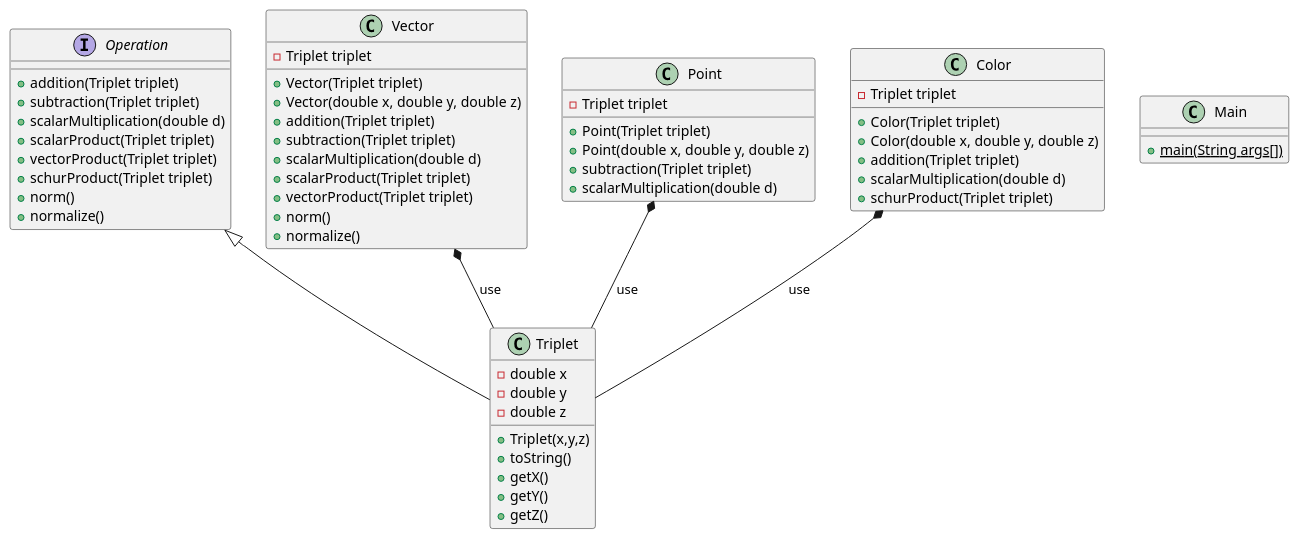
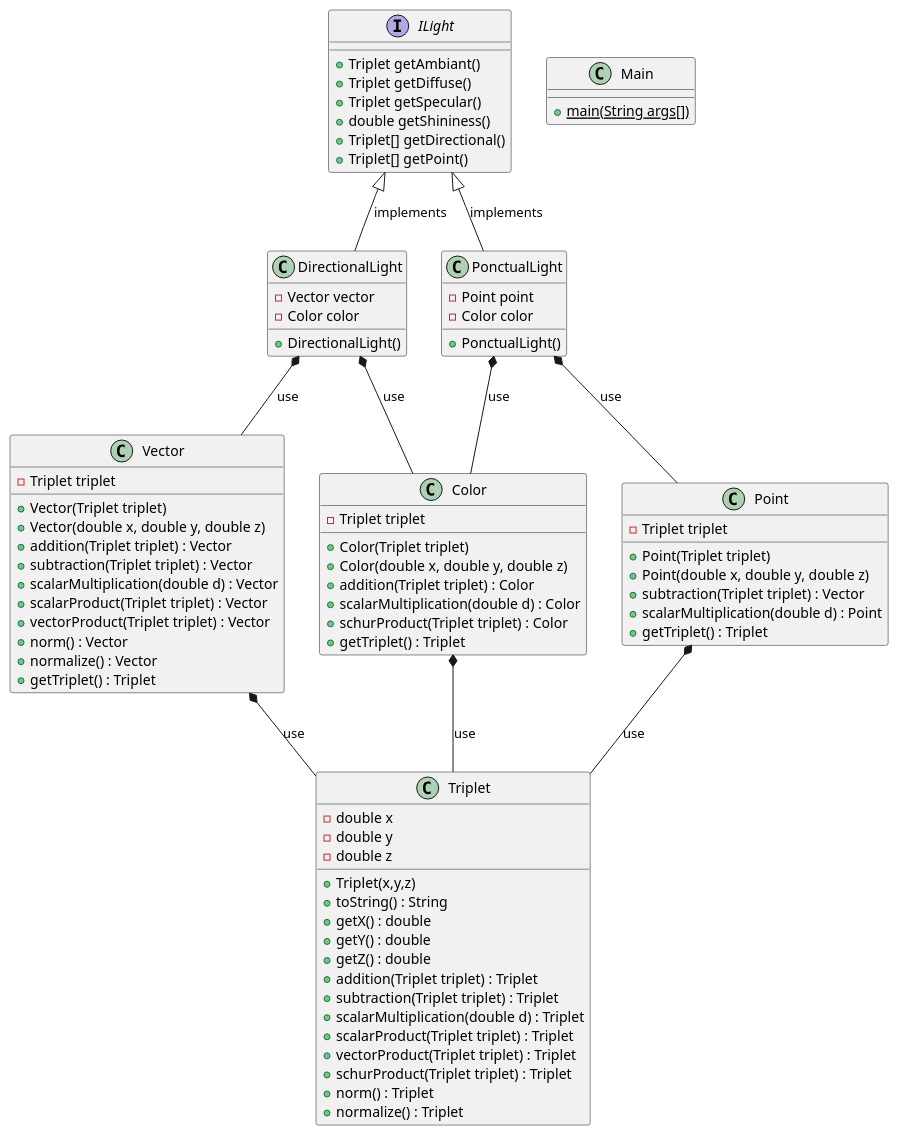
The diagram in RayTracing.puml (DarkWolf62/RaytracerLib), drawn with PlantUML before and after one commit.

Commit message:
:memo: Ajout des lights et correction des Triplets

```diff
--- a/RayTracing.puml
+++ b/RayTracing.puml
@@ -1,72 +1,102 @@
 @startuml
 
-interface Operation
 class Triplet
 class Vector
 class Point
 class Color
 class Main
+interface ILight
+class DirectionalLight
+class PonctualLight
 
-Operation <|-- Triplet
 Vector *-- Triplet : use
 Color *-- Triplet : use
 Point *-- Triplet : use
 
+ILight <|-- DirectionalLight : implements
+ILight <|-- PonctualLight : implements
+DirectionalLight *-- Color : use
+DirectionalLight *-- Vector : use
+
+PonctualLight *-- Color : use
+PonctualLight *-- Point : use
 
 class Triplet {
 -double x
 -double y
 -double z
 
 +Triplet(x,y,z)
-+toString()
-+getX()
-+getY()
-+getZ()
-}
-
-interface Operation {
-+addition(Triplet triplet)
-+subtraction(Triplet triplet)
-+scalarMultiplication(double d)
-+scalarProduct(Triplet triplet)
-+vectorProduct(Triplet triplet)
-+schurProduct(Triplet triplet)
-+norm()
-+normalize()
++toString() : String
++getX() : double
++getY() : double
++getZ() : double
++addition(Triplet triplet) : Triplet
++subtraction(Triplet triplet) : Triplet
++scalarMultiplication(double d) : Triplet
++scalarProduct(Triplet triplet) : Triplet
++vectorProduct(Triplet triplet) : Triplet
++schurProduct(Triplet triplet) : Triplet
++norm() : Triplet
++normalize() : Triplet
 }
 
 class Vector{
 -Triplet triplet
 +Vector(Triplet triplet)
 +Vector(double x, double y, double z)
-+addition(Triplet triplet)
-+subtraction(Triplet triplet)
-+scalarMultiplication(double d)
-+scalarProduct(Triplet triplet)
-+vectorProduct(Triplet triplet)
-+norm()
-+normalize()
++addition(Triplet triplet) : Vector
++subtraction(Triplet triplet) : Vector
++scalarMultiplication(double d) : Vector
++scalarProduct(Triplet triplet) : Vector
++vectorProduct(Triplet triplet) : Vector
++norm() : Vector
++normalize() : Vector
++ getTriplet() : Triplet
 }
 
 class Point{
 - Triplet triplet
 +Point(Triplet triplet)
 +Point(double x, double y, double z)
-+subtraction(Triplet triplet)
-+scalarMultiplication(double d)
++subtraction(Triplet triplet) : Vector
++scalarMultiplication(double d) : Point
++ getTriplet() : Triplet
 }
 
 class Color{
 - Triplet triplet
 +Color(Triplet triplet)
 +Color(double x, double y, double z)
-+addition(Triplet triplet)
-+scalarMultiplication(double d)
-+schurProduct(Triplet triplet)
++ addition(Triplet triplet) : Color
++ scalarMultiplication(double d) : Color
++ schurProduct(Triplet triplet) : Color
++ getTriplet() : Triplet
 }
+
+interface ILight {
++ Triplet getAmbiant()
++ Triplet getDiffuse()
++ Triplet getSpecular()
++ double getShininess()
++ Triplet[] getDirectional()
++ Triplet[] getPoint()
+}
+
+class PonctualLight{
+- Point point
+- Color color
++ PonctualLight()
+}
+
+class DirectionalLight{
+- Vector vector
+- Color color
++ DirectionalLight()
+}
+
 
 class Main{
 + {static} main(String args[])
 }
 @enduml
```
